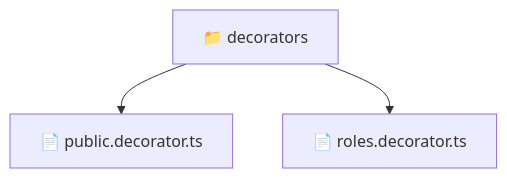
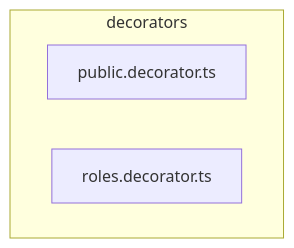
Before and after one commit to beginwebdev2002/fullstack-mavluda: the diagram in backend/src/common/decorators/README.md, drawn with Mermaid. The commit also changed other lines of this file and 163 other files, not shown here.

````diff
--- a/backend/src/common/decorators/README.md
+++ b/backend/src/common/decorators/README.md
@@ -9,6 +15,7 @@
 ```mermaid
 graph TD
-  Root["📁 decorators"]
-  Root --> public_decorator_ts["📄 public.decorator.ts"]
-  Root --> roles_decorator_ts["📄 roles.decorator.ts"]
+  subgraph decorators
+    public_decorator_ts["public.decorator.ts"]
+    roles_decorator_ts["roles.decorator.ts"]
+  end
 ```
````
